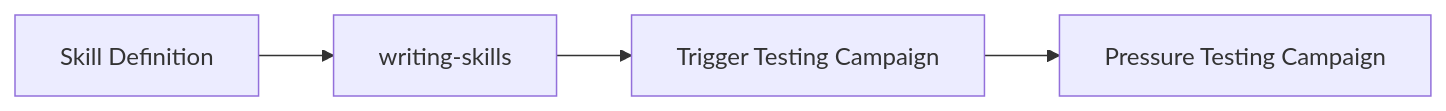
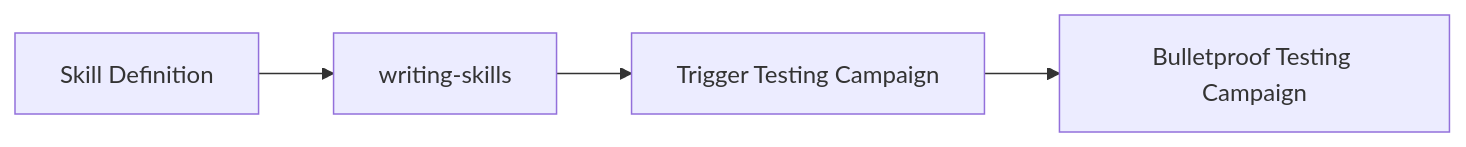
One commit to dczmer/dangerpowers changed the first of 4 diagrams in README.md. Above: the diagram before and after it, drawn with Mermaid. The commit also changed other lines of this file and 62 other files, not shown here.

Commit message:
m1/pressure testing (#48)

````diff
--- a/README.md
+++ b/README.md
@@ -53,11 +35,11 @@
 ```mermaid
 flowchart LR
     desc[Skill Definition]
     skills[writing-skills]
     trigger-test[Trigger Testing Campaign]
-    pressure-test[Pressure Testing Campaign]
+    pressure-test[Bulletproof Testing Campaign]
 
     desc --> skills
     skills --> trigger-test
     trigger-test --> pressure-test
 ```
````
